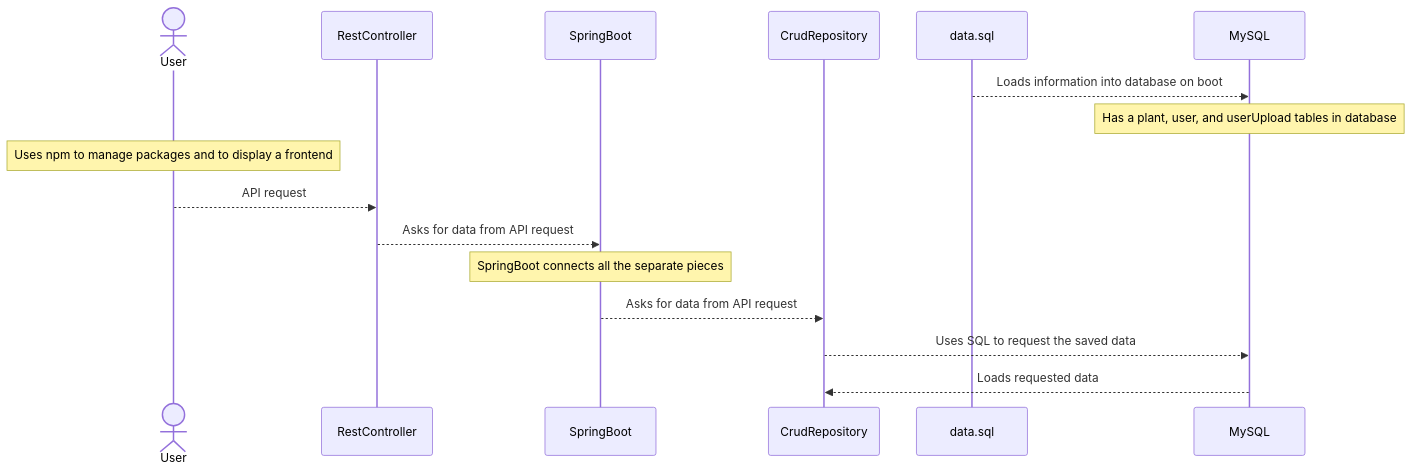
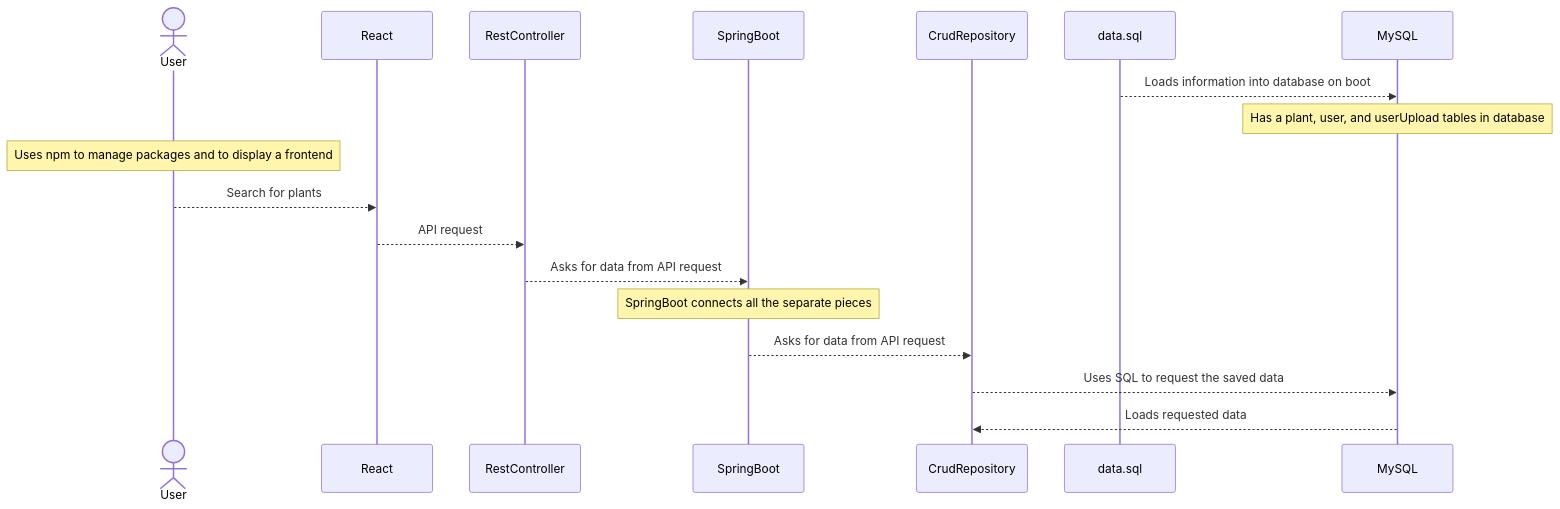
One commit to dawsonblack/UIP changed the diagram in README.md. Above: the diagram before and after it, drawn with Mermaid.

````diff
--- a/README.md
+++ b/README.md
@@ -69,24 +69,26 @@
 ``` mermaid
 sequenceDiagram
 
 actor User
+participant React
 participant RestController
 participant SpringBoot
 participant CrudRepository
 participant data.sql
 participant MySQL
 
 data.sql -->> MySQL: Loads information into database on boot
 note over MySQL: Has a plant, user, and userUpload tables in database
 note over User: Uses npm to manage packages and to display a frontend
 
-User -->> RestController: API request
+User -->> React: Search for plants
+React -->> RestController: API request
 RestController -->> SpringBoot: Asks for data from API request
 note over SpringBoot: SpringBoot connects all the separate pieces
 
 SpringBoot -->> CrudRepository: Asks for data from API request
 CrudRepository -->> MySQL: Uses SQL to request the saved data
 
 MySQL -->> CrudRepository: Loads requested data
 
 ```
````
